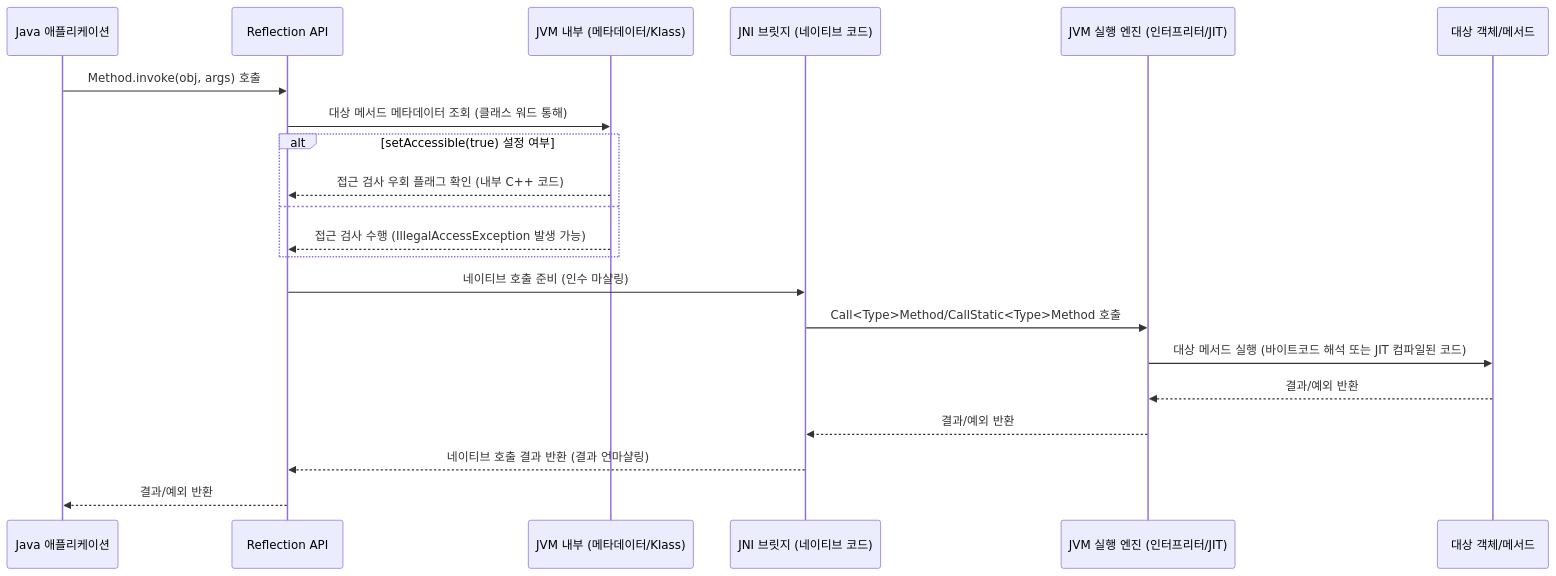
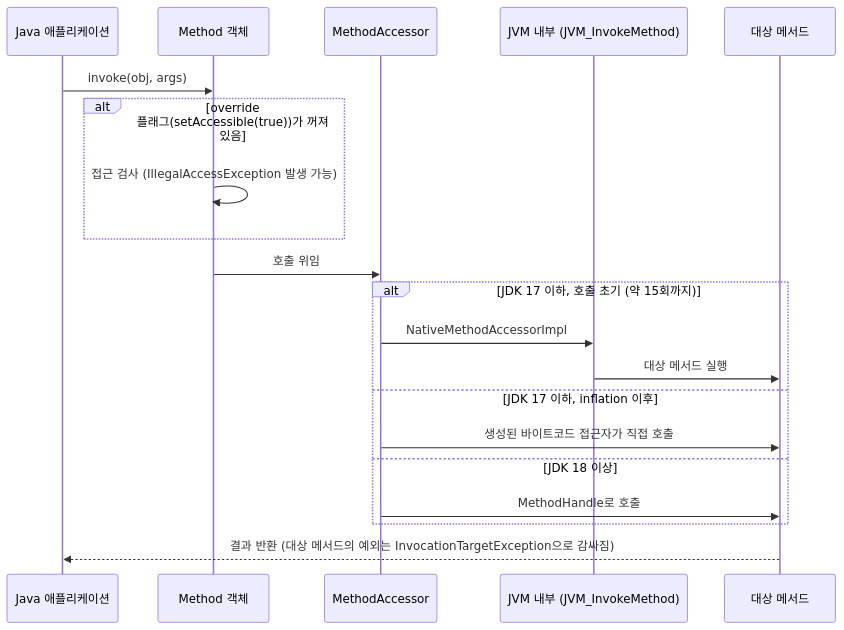
One commit to hongmoSung/hongmoSung.github.io changed the third of 3 diagrams in _posts/java/2025-07-18-reflection.md. Above: the diagram before and after it, drawn with Mermaid. The commit also changed other lines of this file and 32 other files, not shown here.

````diff
--- a/_posts/java/2025-07-18-reflection.md
+++ b/_posts/java/2025-07-18-reflection.md
@@ -150,24 +153,23 @@
 ```mermaid
 sequenceDiagram
     participant App as Java 애플리케이션
-    participant RefAPI as Reflection API
-    participant JVM as JVM 내부 (메타데이터/Klass)
-    participant JNI as JNI 브릿지 (네이티브 코드)
-    participant ExecEngine as JVM 실행 엔진 (인터프리터/JIT)
-    participant Target as 대상 객체/메서드
+    participant Method as Method 객체
+    participant Accessor as MethodAccessor
+    participant JVM as JVM 내부 (JVM_InvokeMethod)
+    participant Target as 대상 메서드
 
-    App->>RefAPI: Method.invoke(obj, args) 호출
-    RefAPI->>JVM: 대상 메서드 메타데이터 조회 (클래스 워드 통해)
-    alt setAccessible(true) 설정 여부
-        JVM-->>RefAPI: 접근 검사 우회 플래그 확인 (내부 C++ 코드)
-    else
-        JVM-->>RefAPI: 접근 검사 수행 (IllegalAccessException 발생 가능)
+    App->>Method: invoke(obj, args)
+    alt override 플래그(setAccessible(true))가 꺼져 있음
+        Method->>Method: 접근 검사 (IllegalAccessException 발생 가능)
     end
-    RefAPI->>JNI: 네이티브 호출 준비 (인수 마샬링)
-    JNI->>ExecEngine: Call<Type>Method/CallStatic<Type>Method 호출
-    ExecEngine->>Target: 대상 메서드 실행 (바이트코드 해석 또는 JIT 컴파일된 코드)
-    Target-->>ExecEngine: 결과/예외 반환
-    ExecEngine-->>JNI: 결과/예외 반환
-    JNI-->>RefAPI: 네이티브 호출 결과 반환 (결과 언마샬링)
-    RefAPI-->>App: 결과/예외 반환
+    Method->>Accessor: 호출 위임
+    alt JDK 17 이하, 호출 초기 (약 15회까지)
+        Accessor->>JVM: NativeMethodAccessorImpl
+        JVM->>Target: 대상 메서드 실행
+    else JDK 17 이하, inflation 이후
+        Accessor->>Target: 생성된 바이트코드 접근자가 직접 호출
+    else JDK 18 이상
+        Accessor->>Target: MethodHandle로 호출
+    end
+    Target-->>App: 결과 반환 (대상 메서드의 예외는 InvocationTargetException으로 감싸짐)
 ```
````
